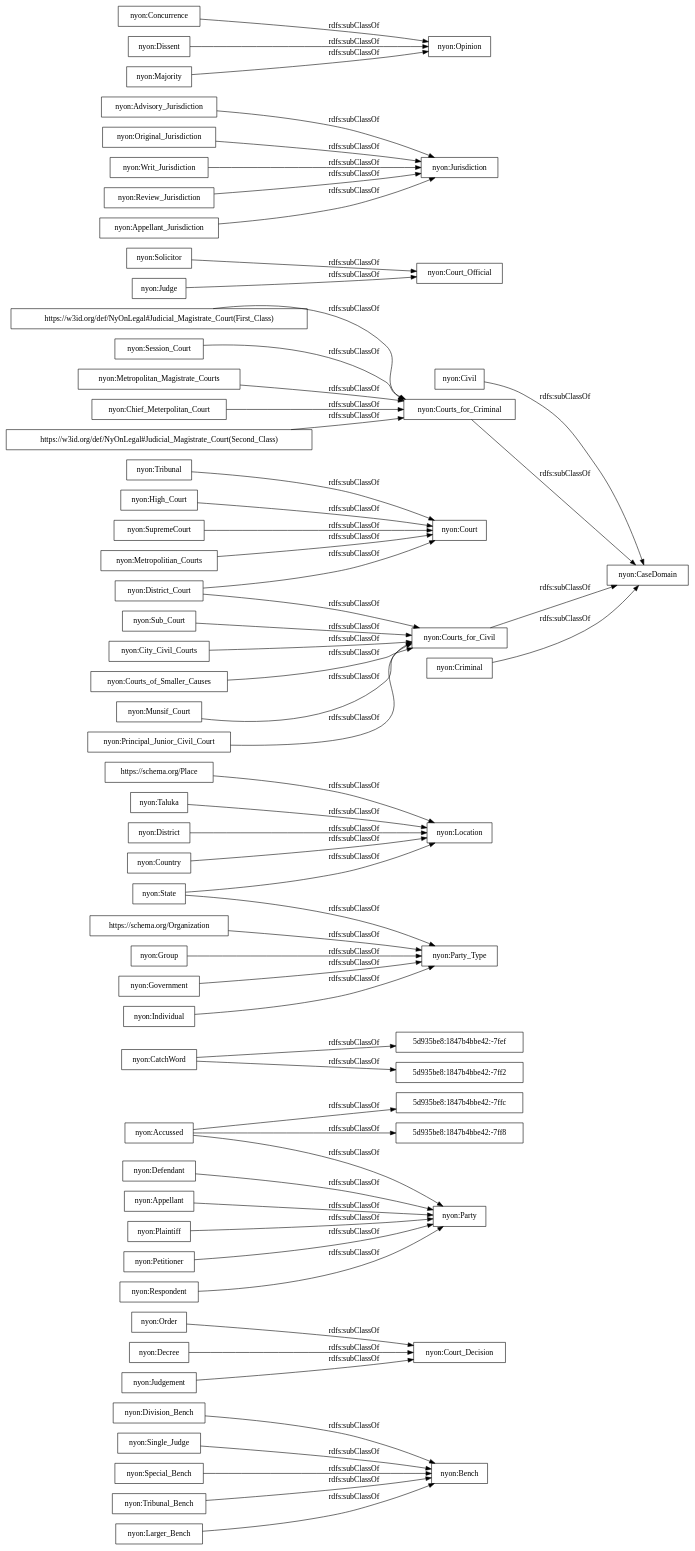
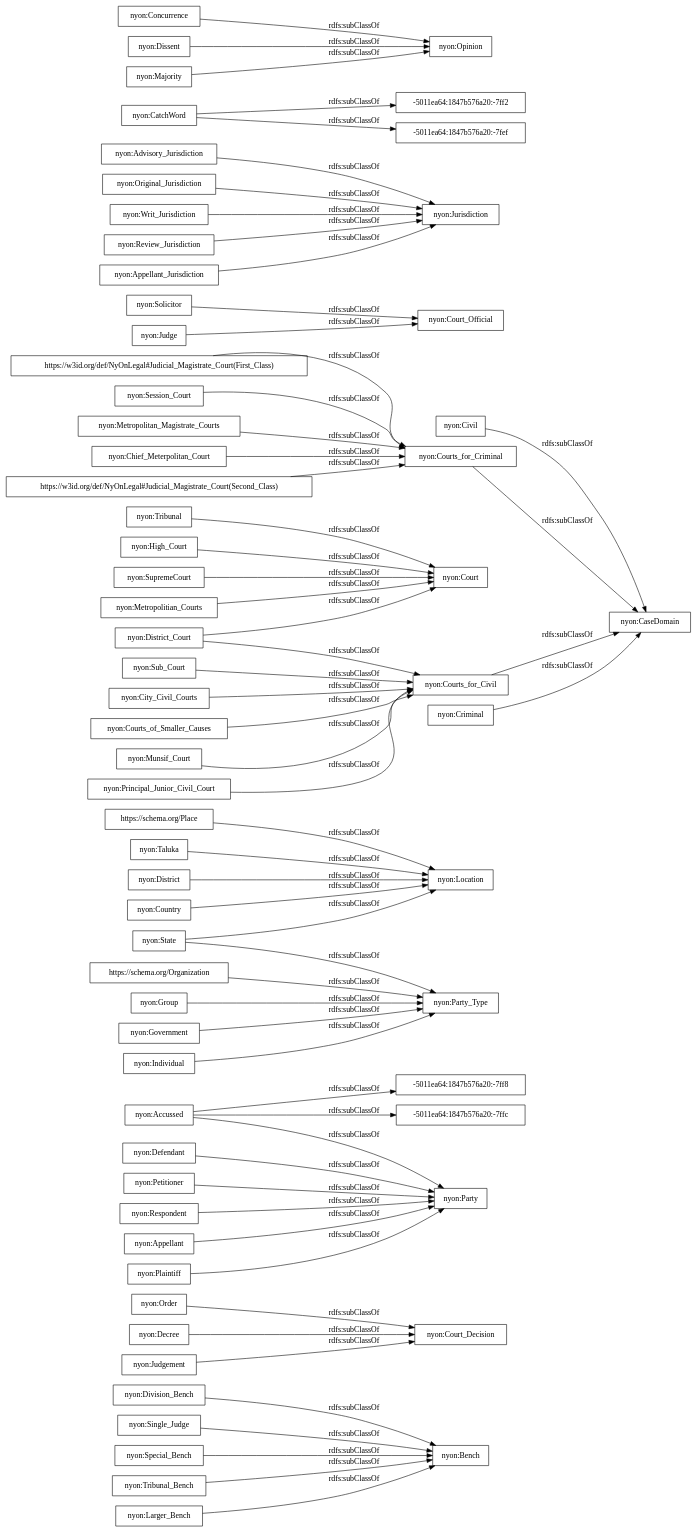
The diagram in OnToology/NyOn.owl/diagrams/ar2dtool-taxonomy/NyOn.owl.png.dot (ahmad88me/NyOn), drawn with Graphviz before and after one commit. The commit also changed 6 other files, not shown here.

```diff
--- a/OnToology/NyOn.owl/diagrams/ar2dtool-taxonomy/NyOn.owl.png.dot
+++ b/OnToology/NyOn.owl/diagrams/ar2dtool-taxonomy/NyOn.owl.png.dot
@@ -1,64 +1,64 @@
 digraph ar2dtool_diagram { 
 rankdir=LR;
 size="1000"
-node [shape = rectangle, color="black"]; "nyon:Division_Bench" "nyon:Order" "5d935be8:1847b4bbe42:-7ffc" "nyon:Decree" "nyon:Bench" "nyon:Party" "nyon:Court_Decision" "nyon:Defendant" "5d935be8:1847b4bbe42:-7fef" "https://schema.org/Place" "nyon:Accussed" "nyon:Civil" "nyon:Taluka" "nyon:Principal_Junior_Civil_Court" "nyon:Solicitor" "nyon:Advisory_Jurisdiction" "nyon:Single_Judge" "nyon:Session_Court" "nyon:Metropolitan_Magistrate_Courts" "nyon:District_Court" "nyon:Chief_Meterpolitan_Court" "nyon:Original_Jurisdiction" "nyon:Court_Official" "nyon:Court" "nyon:High_Court" "https://w3id.org/def/NyOnLegal#Judicial_Magistrate_Court(Second_Class)" "nyon:State" "nyon:Concurrence" "nyon:Courts_for_Criminal" "nyon:Courts_for_Civil" "nyon:Writ_Jurisdiction" "nyon:Location" "nyon:District" "5d935be8:1847b4bbe42:-7ff8" "nyon:Review_Jurisdiction" "nyon:City_Civil_Courts" "nyon:Appellant_Jurisdiction" "nyon:SupremeCourt" "nyon:Special_Bench" "nyon:Individual" "nyon:Opinion" "nyon:Judge" "nyon:Courts_of_Smaller_Causes" "nyon:Judgement" "5d935be8:1847b4bbe42:-7ff2" "nyon:Tribunal_Bench" "nyon:Jurisdiction" "https://schema.org/Organization" "nyon:Metropolitian_Courts" "nyon:Criminal" "nyon:Group" "nyon:Appellant" "nyon:Munsif_Court" "nyon:CatchWord" "nyon:Dissent" "nyon:Party_Type" "nyon:Plaintiff" "nyon:Country" "nyon:Tribunal" "nyon:Majority" "nyon:Petitioner" "nyon:CaseDomain" "nyon:Sub_Court" "nyon:Larger_Bench" "https://w3id.org/def/NyOnLegal#Judicial_Magistrate_Court(First_Class)" "nyon:Respondent" "nyon:Government" ; /*classes style*/
+node [shape = rectangle, color="black"]; "nyon:Division_Bench" "nyon:Order" "nyon:Decree" "nyon:Bench" "nyon:Party" "nyon:Court_Decision" "nyon:Defendant" "https://schema.org/Place" "nyon:Accussed" "nyon:Civil" "nyon:Taluka" "nyon:Principal_Junior_Civil_Court" "nyon:Solicitor" "nyon:Advisory_Jurisdiction" "nyon:Single_Judge" "nyon:Session_Court" "nyon:Metropolitan_Magistrate_Courts" "nyon:District_Court" "nyon:Chief_Meterpolitan_Court" "nyon:Original_Jurisdiction" "nyon:Court_Official" "nyon:Court" "nyon:High_Court" "https://w3id.org/def/NyOnLegal#Judicial_Magistrate_Court(Second_Class)" "nyon:State" "-5011ea64:1847b576a20:-7ff2" "nyon:Concurrence" "nyon:Courts_for_Criminal" "nyon:Courts_for_Civil" "nyon:Writ_Jurisdiction" "nyon:Location" "nyon:District" "nyon:Review_Jurisdiction" "nyon:City_Civil_Courts" "nyon:Appellant_Jurisdiction" "nyon:SupremeCourt" "nyon:Special_Bench" "nyon:Individual" "nyon:Opinion" "nyon:Judge" "-5011ea64:1847b576a20:-7fef" "nyon:Courts_of_Smaller_Causes" "nyon:Judgement" "-5011ea64:1847b576a20:-7ffc" "-5011ea64:1847b576a20:-7ff8" "nyon:Tribunal_Bench" "nyon:Jurisdiction" "https://schema.org/Organization" "nyon:Metropolitian_Courts" "nyon:Criminal" "nyon:Group" "nyon:Appellant" "nyon:Munsif_Court" "nyon:CatchWord" "nyon:Dissent" "nyon:Party_Type" "nyon:Plaintiff" "nyon:Country" "nyon:Tribunal" "nyon:Majority" "nyon:Petitioner" "nyon:CaseDomain" "nyon:Sub_Court" "nyon:Larger_Bench" "https://w3id.org/def/NyOnLegal#Judicial_Magistrate_Court(First_Class)" "nyon:Respondent" "nyon:Government" ; /*classes style*/
 	"nyon:Writ_Jurisdiction" -> "nyon:Jurisdiction" [ label = "rdfs:subClassOf" ];
 	"nyon:Special_Bench" -> "nyon:Bench" [ label = "rdfs:subClassOf" ];
 	"https://schema.org/Place" -> "nyon:Location" [ label = "rdfs:subClassOf" ];
 	"nyon:Judge" -> "nyon:Court_Official" [ label = "rdfs:subClassOf" ];
 	"nyon:Petitioner" -> "nyon:Party" [ label = "rdfs:subClassOf" ];
 	"nyon:Original_Jurisdiction" -> "nyon:Jurisdiction" [ label = "rdfs:subClassOf" ];
 	"nyon:Appellant" -> "nyon:Party" [ label = "rdfs:subClassOf" ];
 	"nyon:Order" -> "nyon:Court_Decision" [ label = "rdfs:subClassOf" ];
 	"nyon:Review_Jurisdiction" -> "nyon:Jurisdiction" [ label = "rdfs:subClassOf" ];
 	"https://schema.org/Organization" -> "nyon:Party_Type" [ label = "rdfs:subClassOf" ];
 	"nyon:District_Court" -> "nyon:Courts_for_Civil" [ label = "rdfs:subClassOf" ];
 	"nyon:District_Court" -> "nyon:Court" [ label = "rdfs:subClassOf" ];
 	"nyon:Metropolitian_Courts" -> "nyon:Court" [ label = "rdfs:subClassOf" ];
 	"nyon:Munsif_Court" -> "nyon:Courts_for_Civil" [ label = "rdfs:subClassOf" ];
 	"nyon:Respondent" -> "nyon:Party" [ label = "rdfs:subClassOf" ];
 	"nyon:Chief_Meterpolitan_Court" -> "nyon:Courts_for_Criminal" [ label = "rdfs:subClassOf" ];
 	"nyon:Session_Court" -> "nyon:Courts_for_Criminal" [ label = "rdfs:subClassOf" ];
 	"nyon:Majority" -> "nyon:Opinion" [ label = "rdfs:subClassOf" ];
 	"nyon:SupremeCourt" -> "nyon:Court" [ label = "rdfs:subClassOf" ];
 	"nyon:Larger_Bench" -> "nyon:Bench" [ label = "rdfs:subClassOf" ];
 	"nyon:Single_Judge" -> "nyon:Bench" [ label = "rdfs:subClassOf" ];
 	"nyon:Dissent" -> "nyon:Opinion" [ label = "rdfs:subClassOf" ];
 	"nyon:Government" -> "nyon:Party_Type" [ label = "rdfs:subClassOf" ];
 	"nyon:City_Civil_Courts" -> "nyon:Courts_for_Civil" [ label = "rdfs:subClassOf" ];
 	"nyon:District" -> "nyon:Location" [ label = "rdfs:subClassOf" ];
 	"nyon:Decree" -> "nyon:Court_Decision" [ label = "rdfs:subClassOf" ];
 	"nyon:High_Court" -> "nyon:Court" [ label = "rdfs:subClassOf" ];
 	"nyon:Courts_for_Civil" -> "nyon:CaseDomain" [ label = "rdfs:subClassOf" ];
 	"nyon:Sub_Court" -> "nyon:Courts_for_Civil" [ label = "rdfs:subClassOf" ];
 	"nyon:Civil" -> "nyon:CaseDomain" [ label = "rdfs:subClassOf" ];
 	"nyon:Plaintiff" -> "nyon:Party" [ label = "rdfs:subClassOf" ];
 	"nyon:State" -> "nyon:Party_Type" [ label = "rdfs:subClassOf" ];
 	"nyon:State" -> "nyon:Location" [ label = "rdfs:subClassOf" ];
 	"nyon:Criminal" -> "nyon:CaseDomain" [ label = "rdfs:subClassOf" ];
 	"nyon:Principal_Junior_Civil_Court" -> "nyon:Courts_for_Civil" [ label = "rdfs:subClassOf" ];
 	"nyon:Tribunal" -> "nyon:Court" [ label = "rdfs:subClassOf" ];
 	"https://w3id.org/def/NyOnLegal#Judicial_Magistrate_Court(Second_Class)" -> "nyon:Courts_for_Criminal" [ label = "rdfs:subClassOf" ];
 	"nyon:Courts_for_Criminal" -> "nyon:CaseDomain" [ label = "rdfs:subClassOf" ];
 	"nyon:Concurrence" -> "nyon:Opinion" [ label = "rdfs:subClassOf" ];
-	"nyon:CatchWord" -> "5d935be8:1847b4bbe42:-7fef" [ label = "rdfs:subClassOf" ];
-	"nyon:CatchWord" -> "5d935be8:1847b4bbe42:-7ff2" [ label = "rdfs:subClassOf" ];
+	"nyon:CatchWord" -> "-5011ea64:1847b576a20:-7fef" [ label = "rdfs:subClassOf" ];
+	"nyon:CatchWord" -> "-5011ea64:1847b576a20:-7ff2" [ label = "rdfs:subClassOf" ];
 	"nyon:Solicitor" -> "nyon:Court_Official" [ label = "rdfs:subClassOf" ];
 	"nyon:Courts_of_Smaller_Causes" -> "nyon:Courts_for_Civil" [ label = "rdfs:subClassOf" ];
 	"nyon:Defendant" -> "nyon:Party" [ label = "rdfs:subClassOf" ];
-	"nyon:Accussed" -> "5d935be8:1847b4bbe42:-7ff8" [ label = "rdfs:subClassOf" ];
-	"nyon:Accussed" -> "5d935be8:1847b4bbe42:-7ffc" [ label = "rdfs:subClassOf" ];
+	"nyon:Accussed" -> "-5011ea64:1847b576a20:-7ff8" [ label = "rdfs:subClassOf" ];
+	"nyon:Accussed" -> "-5011ea64:1847b576a20:-7ffc" [ label = "rdfs:subClassOf" ];
 	"nyon:Accussed" -> "nyon:Party" [ label = "rdfs:subClassOf" ];
 	"nyon:Group" -> "nyon:Party_Type" [ label = "rdfs:subClassOf" ];
 	"nyon:Country" -> "nyon:Location" [ label = "rdfs:subClassOf" ];
 	"nyon:Tribunal_Bench" -> "nyon:Bench" [ label = "rdfs:subClassOf" ];
 	"nyon:Taluka" -> "nyon:Location" [ label = "rdfs:subClassOf" ];
 	"nyon:Judgement" -> "nyon:Court_Decision" [ label = "rdfs:subClassOf" ];
 	"nyon:Division_Bench" -> "nyon:Bench" [ label = "rdfs:subClassOf" ];
 	"nyon:Advisory_Jurisdiction" -> "nyon:Jurisdiction" [ label = "rdfs:subClassOf" ];
 	"nyon:Metropolitan_Magistrate_Courts" -> "nyon:Courts_for_Criminal" [ label = "rdfs:subClassOf" ];
 	"nyon:Appellant_Jurisdiction" -> "nyon:Jurisdiction" [ label = "rdfs:subClassOf" ];
 	"nyon:Individual" -> "nyon:Party_Type" [ label = "rdfs:subClassOf" ];
 	"https://w3id.org/def/NyOnLegal#Judicial_Magistrate_Court(First_Class)" -> "nyon:Courts_for_Criminal" [ label = "rdfs:subClassOf" ];
 
 }
```
